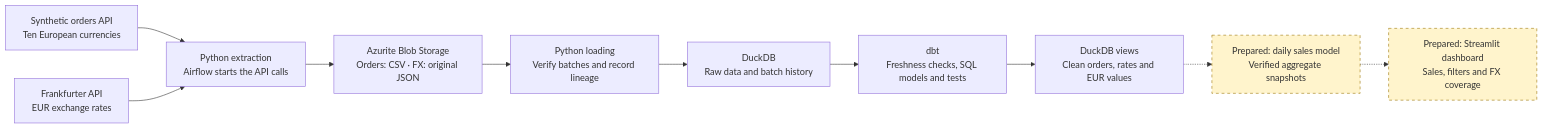
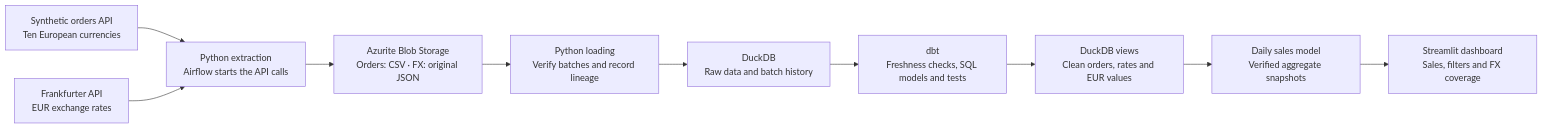
Before and after one commit to ungvari-tomi/tomi-platform: the first of 3 diagrams in README.md, drawn with Mermaid. The commit also changed other lines of this file and 1 other file, not shown here.

Commit message:
Document verified live Streamlit dashboard deployment

````diff
--- a/README.md
+++ b/README.md
@@ -15,21 +16,18 @@
 ```mermaid
 flowchart LR
     Orders["Synthetic orders API<br/>Ten European currencies"]
     FX["Frankfurter API<br/>EUR exchange rates"]
     Extract["Python extraction<br/>Airflow starts the API calls"]
     Blob["Azurite Blob Storage<br/>Orders: CSV · FX: original JSON"]
     Load["Python loading<br/>Verify batches and record lineage"]
     Raw["DuckDB<br/>Raw data and batch history"]
     Dbt["dbt<br/>Freshness checks, SQL models and tests"]
     Analytics["DuckDB views<br/>Clean orders, rates and EUR values"]
-    Reporting["Prepared: daily sales model<br/>Verified aggregate snapshots"]
-    Dashboard["Prepared: Streamlit dashboard<br/>Sales, filters and FX coverage"]
+    Reporting["Daily sales model<br/>Verified aggregate snapshots"]
+    Dashboard["Streamlit dashboard<br/>Sales, filters and FX coverage"]
 
     Orders --> Extract
     FX --> Extract
     Extract --> Blob --> Load --> Raw --> Dbt --> Analytics
-    Analytics -.-> Reporting -.-> Dashboard
-
-    classDef planned fill:#fff4cc,stroke:#9a7400,stroke-dasharray:5 5;
-    class Reporting,Dashboard planned;
+    Analytics --> Reporting --> Dashboard
 ```
````
